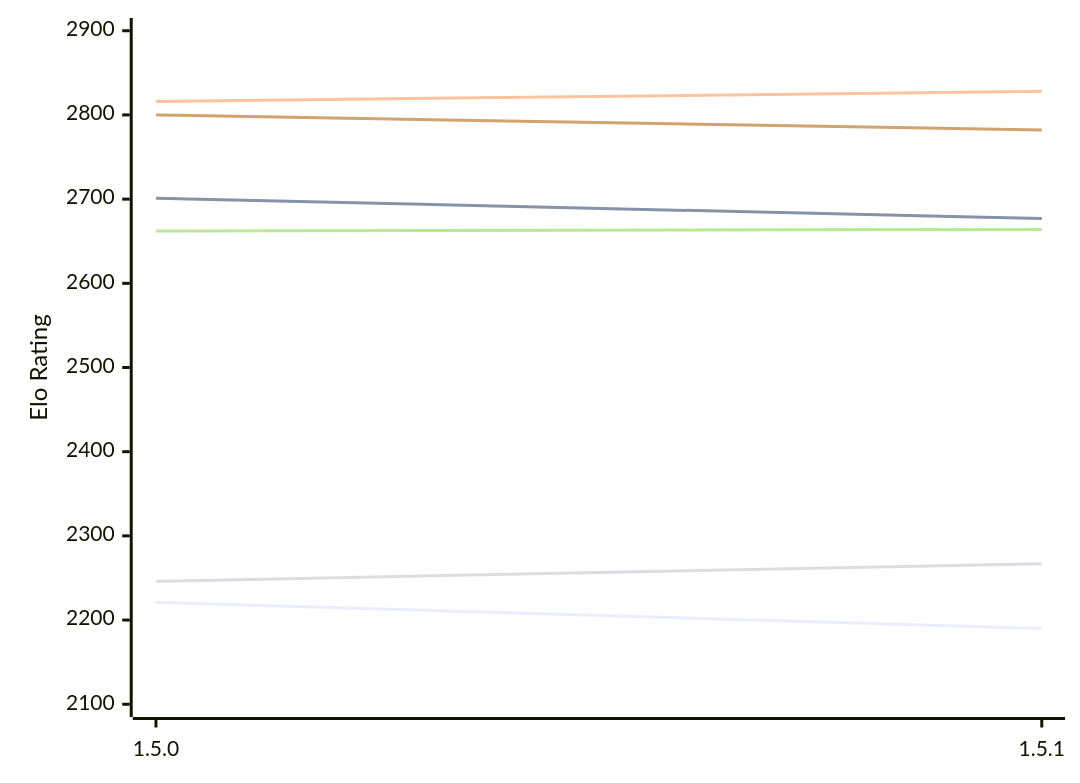
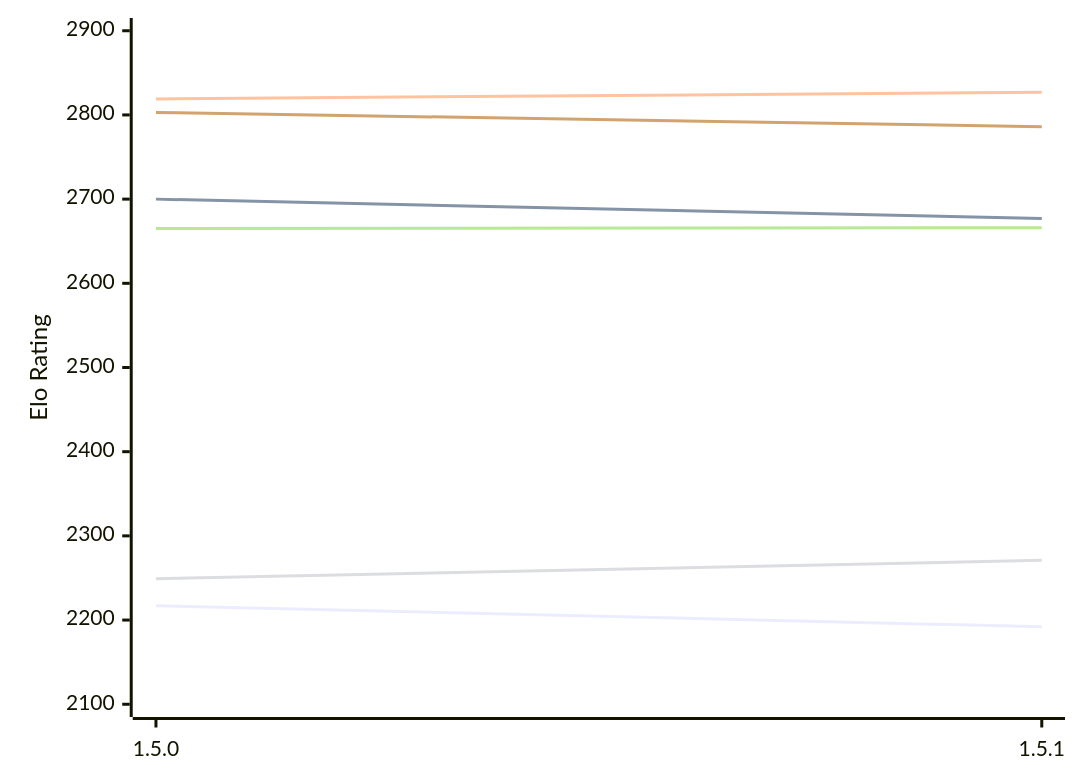
Before and after one commit to computer-chess-index/cci: the first of 2 diagrams in engines/Coco.md, drawn with Mermaid. The commit also changed other lines of this file, not shown here.

Commit message:
Update CCI Ratings (ELO VLTC) - 2026-11-24

````diff
--- a/engines/Coco.md
+++ b/engines/Coco.md
@@ -50,12 +50,12 @@
 ```mermaid
 %%{init: {"theme":"base","themeVariables":{"seriesColors:['#a3a3a3','#222221','#faa371']}}}%%
 xychart-beta
   x-axis ["1.5.0", "1.5.1"]
   y-axis "Elo Rating" 2100 --> 2900
-  line "E1: STC (8.0+0.08s)" [2221, 2190]
-  line "E1: LTC (60.0+0.60s)" [2701, 2677]
-  line "E1: VLTC (2m24s+1.12s)" [2816, 2828]
-  line "P1: STC (8.0+0.08s)" [2246, 2267]
-  line "P1: LTC (60.0+0.60s)" [2662, 2664]
-  line "P1: VLTC (2m24s+1.12s)" [2800, 2782]
+  line "E1: STC (8.0+0.08s)" [2217, 2192]
+  line "E1: LTC (60.0+0.60s)" [2700, 2677]
+  line "E1: VLTC (2m24s+1.12s)" [2819, 2827]
+  line "P1: STC (8.0+0.08s)" [2249, 2271]
+  line "P1: LTC (60.0+0.60s)" [2665, 2666]
+  line "P1: VLTC (2m24s+1.12s)" [2803, 2786]
 ```
````
